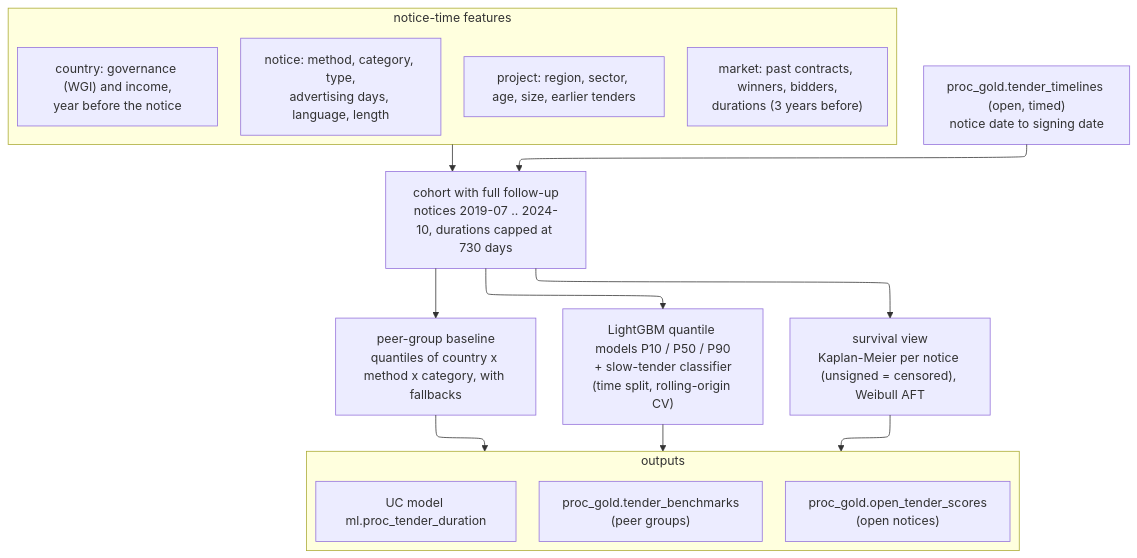
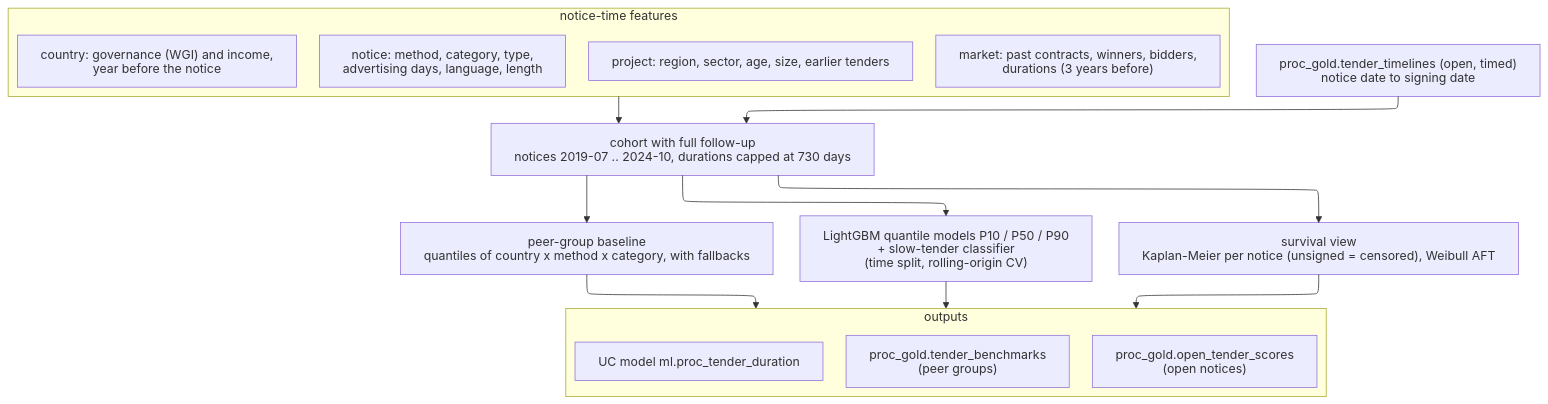
One commit to ShabadVaswani/worldbank-procurement-intelligence changed the diagram in docs/figures/risk_model_pipeline.mmd. Above: the diagram before and after it, drawn with Mermaid. The commit also changed 55 other files, not shown here.

First line of the commit message:
diagrams: pre-rendered PNGs inline, Mermaid source collapsed; docs/diagrams.md

```diff
--- a/docs/figures/risk_model_pipeline.mmd
+++ b/docs/figures/risk_model_pipeline.mmd
@@ -1,29 +1,33 @@
 ---
 config:
   layout: elk
+  htmlLabels: false
+  flowchart:
+    htmlLabels: false
+    wrappingWidth: 600
 ---
 flowchart TD
     tt["proc_gold.tender_timelines (open, timed)<br/>notice date to signing date"]
     subgraph feats["notice-time features"]
         f1["notice: method, category, type,<br/>advertising days, language, length"]
         f2["project: region, sector, age, size, earlier tenders"]
         f3["country: governance (WGI) and income,<br/>year before the notice"]
         f4["market: past contracts, winners, bidders,<br/>durations (3 years before)"]
     end
     cohort["cohort with full follow-up<br/>notices 2019-07 .. 2024-10, durations capped at 730 days"]
     base["peer-group baseline<br/>quantiles of country x method x category, with fallbacks"]
     lgbm["LightGBM quantile models P10 / P50 / P90<br/>+ slow-tender classifier<br/>(time split, rolling-origin CV)"]
     surv["survival view<br/>Kaplan-Meier per notice (unsigned = censored), Weibull AFT"]
     subgraph outs["outputs"]
         o1["proc_gold.tender_benchmarks<br/>(peer groups)"]
         o2["proc_gold.open_tender_scores<br/>(open notices)"]
         o3["UC model ml.proc_tender_duration"]
     end
     tt --> cohort
     feats --> cohort
     cohort --> base
     cohort --> lgbm
     cohort --> surv
     base --> outs
     lgbm --> outs
     surv --> outs
```
